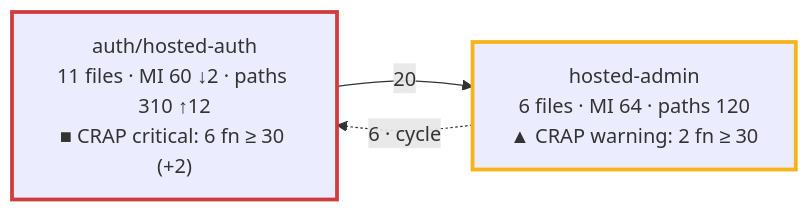
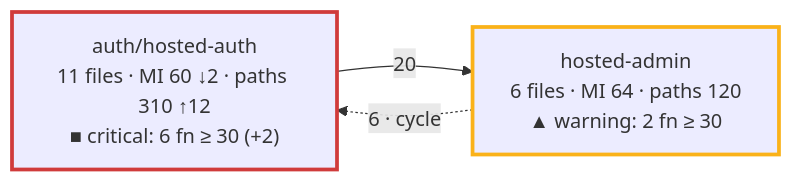
Before and after one commit to tomer-mayara/Thermus: the diagram in docs/implementation/architecture-evolution-plan.md, drawn with Mermaid. The commit also changed other lines of this file, not shown here.

````diff
--- a/docs/implementation/architecture-evolution-plan.md
+++ b/docs/implementation/architecture-evolution-plan.md
@@ -155,11 +187,11 @@
 ```mermaid
 flowchart LR
-  auth["auth/hosted-auth<br/>11 files · MI 60 ↓2 · paths 310 ↑12<br/>■ CRAP critical: 6 fn ≥ 30 (+2)"]
-  admin["hosted-admin<br/>6 files · MI 64 · paths 120<br/>▲ CRAP warning: 2 fn ≥ 30"]
+  auth["auth/hosted-auth<br/>11 files · MI 60 ↓2 · paths 310 ↑12<br/>■ critical: 6 fn ≥ 30 (+2)"]
+  admin["hosted-admin<br/>6 files · MI 64 · paths 120<br/>▲ warning: 2 fn ≥ 30"]
   auth -- "20" --> admin
   admin -. "6 · cycle" .-> auth
   classDef critical stroke:#d03b3b,stroke-width:3px
   classDef warning stroke:#fab219,stroke-width:3px
   class auth critical
   class admin warning
 ```
````
